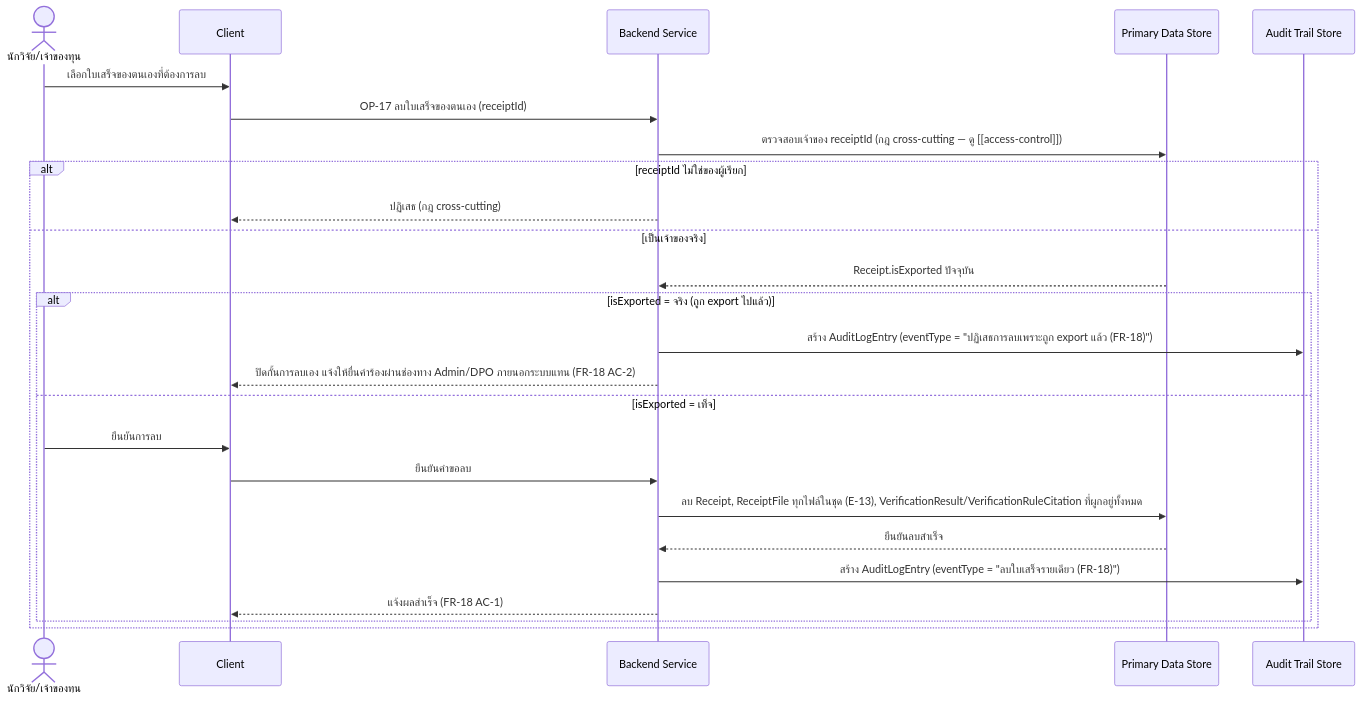
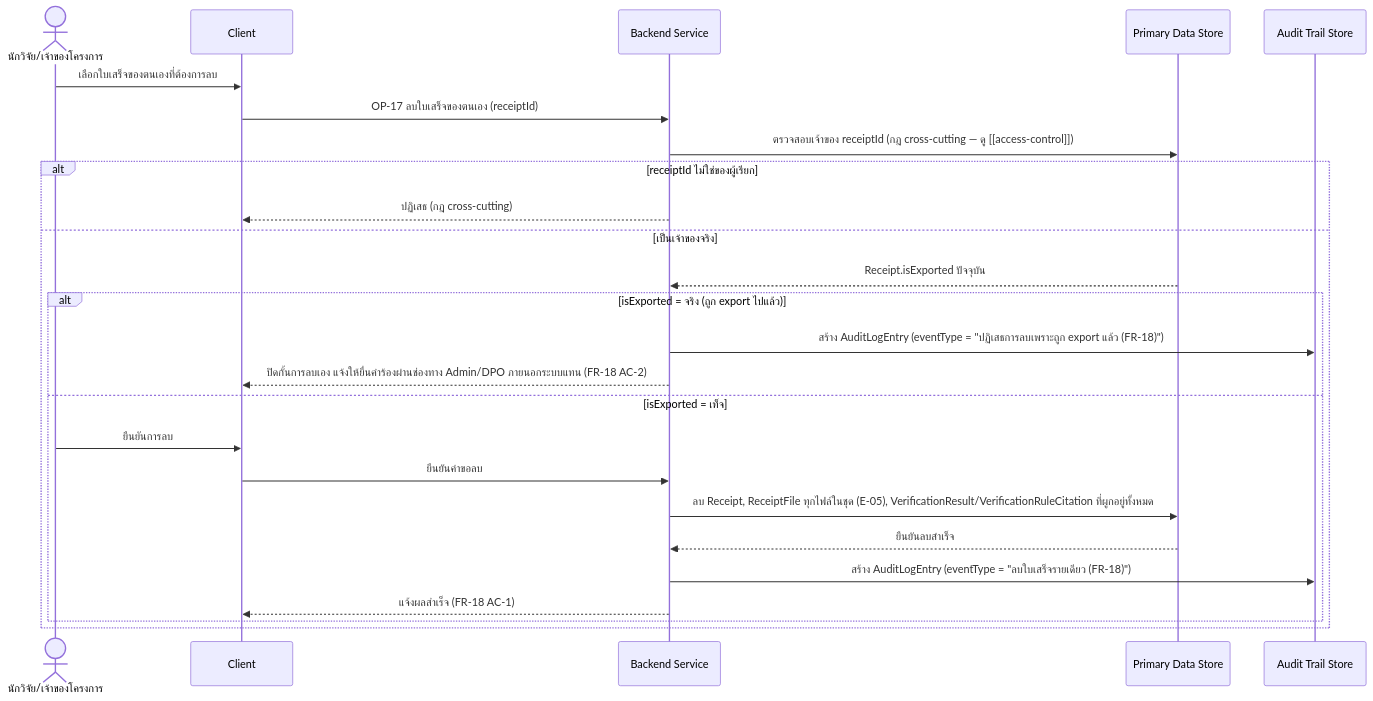
The first of 2 diagrams in docs/02-design/02-technical/detailed-design/right-to-erasure.md (ptrsswnr/Grant-Receipt-Assistant), drawn with Mermaid before and after one commit. The commit also changed other lines of this file and 18 other files, not shown here.

````diff
--- a/docs/02-design/02-technical/detailed-design/right-to-erasure.md
+++ b/docs/02-design/02-technical/detailed-design/right-to-erasure.md
@@ -24,28 +28,28 @@
 ```mermaid
 sequenceDiagram
-    actor R as นักวิจัย/เจ้าของทุน
+    actor R as นักวิจัย/เจ้าของโครงการ
     participant C as Client
     participant B as Backend Service
     participant DS as Primary Data Store
     participant AT as Audit Trail Store
 
     R->>C: เลือกใบเสร็จของตนเองที่ต้องการลบ
     C->>B: OP-17 ลบใบเสร็จของตนเอง (receiptId)
     B->>DS: ตรวจสอบเจ้าของ receiptId (กฎ cross-cutting — ดู [[access-control]])
     alt receiptId ไม่ใช่ของผู้เรียก
         B-->>C: ปฏิเสธ (กฎ cross-cutting)
     else เป็นเจ้าของจริง
         DS-->>B: Receipt.isExported ปัจจุบัน
         alt isExported = จริง (ถูก export ไปแล้ว)
             B->>AT: สร้าง AuditLogEntry (eventType = "ปฏิเสธการลบเพราะถูก export แล้ว (FR-18)")
             B-->>C: ปิดกั้นการลบเอง แจ้งให้ยื่นคำร้องผ่านช่องทาง Admin/DPO ภายนอกระบบแทน (FR-18 AC-2)
         else isExported = เท็จ
             R->>C: ยืนยันการลบ
             C->>B: ยืนยันคำขอลบ
-            B->>DS: ลบ Receipt, ReceiptFile ทุกไฟล์ในชุด (E-13), VerificationResult/VerificationRuleCitation ที่ผูกอยู่ทั้งหมด
+            B->>DS: ลบ Receipt, ReceiptFile ทุกไฟล์ในชุด (E-05), VerificationResult/VerificationRuleCitation ที่ผูกอยู่ทั้งหมด
             DS-->>B: ยืนยันลบสำเร็จ
             B->>AT: สร้าง AuditLogEntry (eventType = "ลบใบเสร็จรายเดียว (FR-18)")
             B-->>C: แจ้งผลสำเร็จ (FR-18 AC-1)
         end
     end
 ```
````
